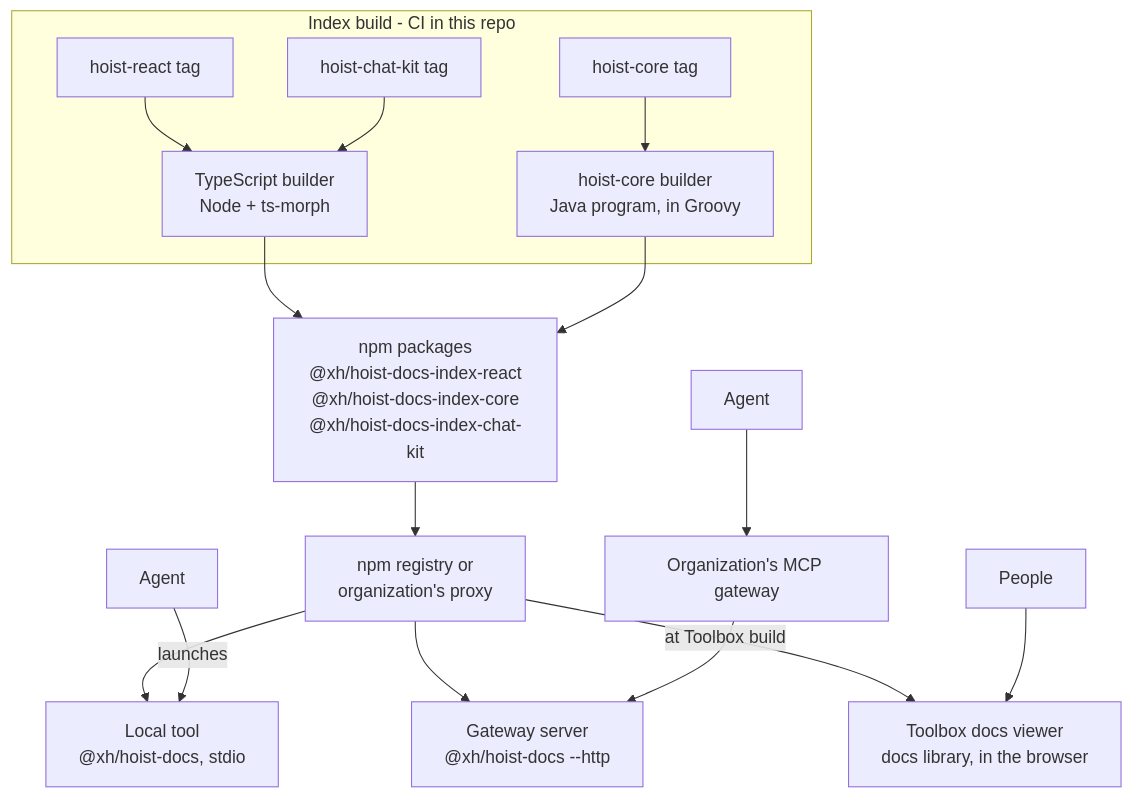
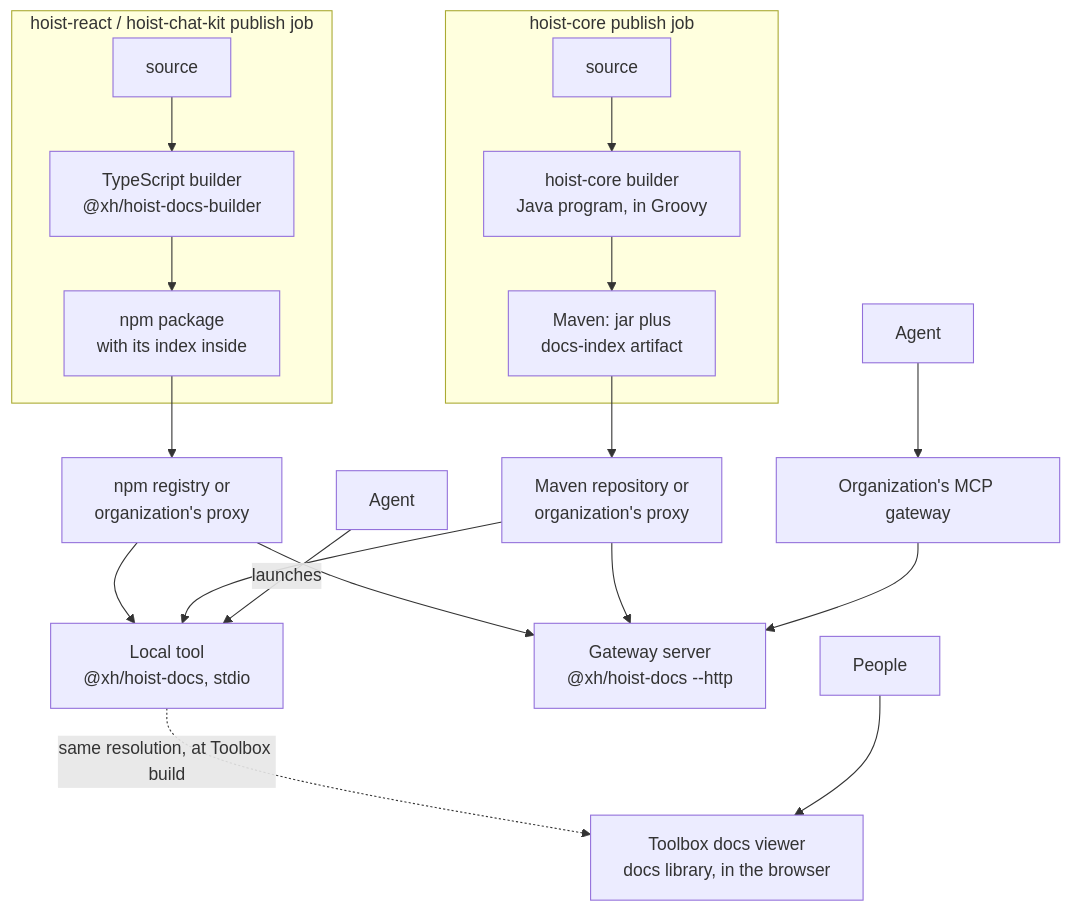
Before and after one commit to xh/hoist-docs: the diagram in docs/design.md, drawn with Mermaid. The commit also changed other lines of this file and 32 other files, not shown here.

First line of the commit message:
Ship each library's index with the library, and publish the builders

````diff
--- a/docs/design.md
+++ b/docs/design.md
@@ -129,17 +137,21 @@
 ```mermaid
 flowchart TB
-    subgraph B[Index build - CI in this repo]
-        RT[hoist-react tag] --> RB[TypeScript builder<br/>Node + ts-morph]
-        KT[hoist-chat-kit tag] --> RB
-        CT[hoist-core tag] --> CB[hoist-core builder<br/>Java program, in Groovy]
+    subgraph RP[hoist-react / hoist-chat-kit publish job]
+        RS[source] --> RB[TypeScript builder<br/>@xh/hoist-docs-builder]
+        RB --> RPK[npm package<br/>with its index inside]
     end
-    RB --> P
-    CB --> P
-    P[npm packages<br/>@xh/hoist-docs-index-react<br/>@xh/hoist-docs-index-core<br/>@xh/hoist-docs-index-chat-kit] --> R[npm registry or<br/>organization's proxy]
-    R --> LT[Local tool<br/>@xh/hoist-docs, stdio]
-    R --> GS[Gateway server<br/>@xh/hoist-docs --http]
-    R -->|at Toolbox build| TB[Toolbox docs viewer<br/>docs library, in the browser]
+    subgraph CP[hoist-core publish job]
+        CS[source] --> CB[hoist-core builder<br/>Java program, in Groovy]
+        CB --> CA[Maven: jar plus<br/>docs-index artifact]
+    end
+    RPK --> NR[npm registry or<br/>organization's proxy]
+    CA --> MR[Maven repository or<br/>organization's proxy]
+    NR --> LT[Local tool<br/>@xh/hoist-docs, stdio]
+    MR --> LT
+    NR --> GS[Gateway server<br/>@xh/hoist-docs --http]
+    MR --> GS
+    LT -.->|same resolution, at Toolbox build| TB[Toolbox docs viewer<br/>docs library, in the browser]
     A[Agent] -->|launches| LT
     A2[Agent] --> G[Organization's MCP gateway] --> GS
     U[People] --> TB
 ```
````
